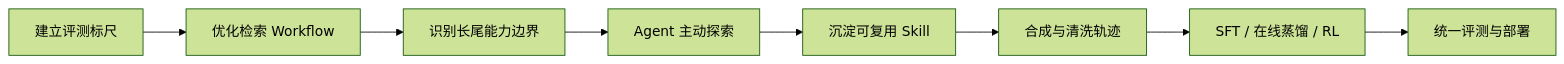
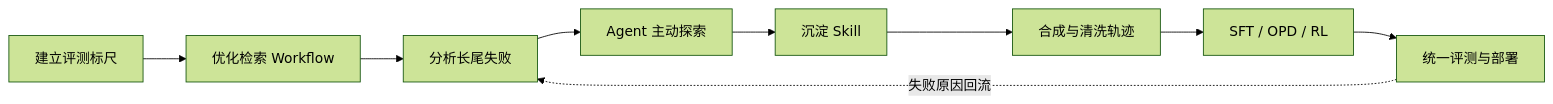
Before and after one commit to zhouzixuan2333/financial-agent-evolution-notes: the diagram in README.md, drawn with Mermaid (forest theme). The commit also changed other lines of this file and 7 other files, not shown here.

````diff
--- a/README.md
+++ b/README.md
@@ -11,10 +39,11 @@
 ```mermaid
 flowchart LR
     A[建立评测标尺] --> B[优化检索 Workflow]
-    B --> C[识别长尾能力边界]
+    B --> C[分析长尾失败]
     C --> D[Agent 主动探索]
-    D --> E[沉淀可复用 Skill]
+    D --> E[沉淀 Skill]
     E --> F[合成与清洗轨迹]
-    F --> G[SFT / 在线蒸馏 / RL]
+    F --> G[SFT / OPD / RL]
     G --> H[统一评测与部署]
+    H -.失败原因回流.-> C
 ```
````
